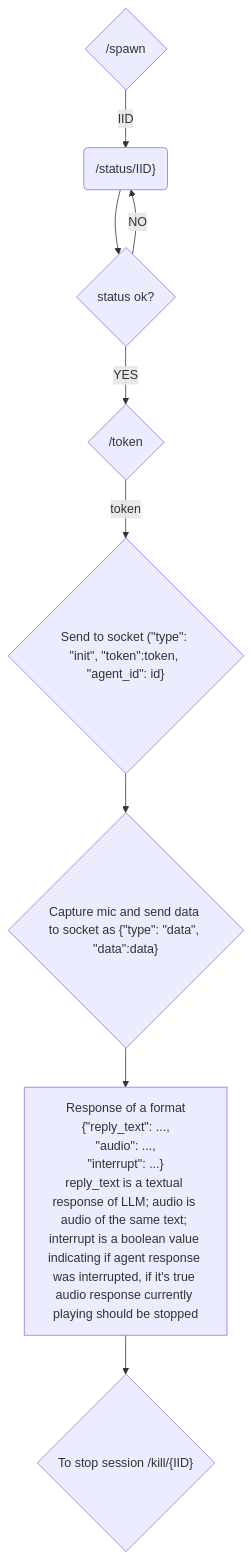
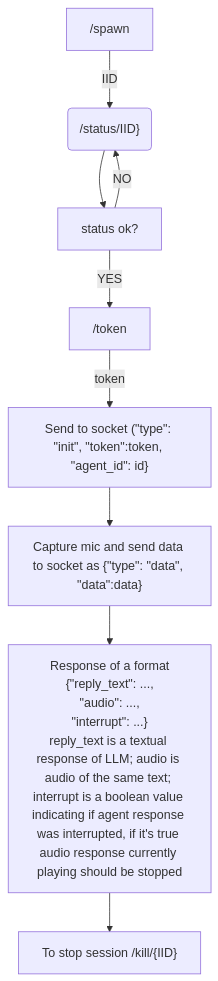
Before and after one commit to fjdiod2/eigen-client-sample: the diagram in README.md, drawn with Mermaid. The commit also changed other lines of this file and 1 other file, not shown here.

````diff
--- a/README.md
+++ b/README.md
@@ -17,15 +70,15 @@
 ```mermaid
 flowchart TD
-    A{"/spawn "} -->|IID| B("/status/IID} ")
-    B --> C{status ok? }
+    A["/spawn "] -->|IID| B("/status/IID} ")
+    B --> C[status ok?]
     C -->|NO| B
-    C -->|YES| E{"/token "}
-    E -->|token| F{"Send to socket (#quot;type#quot;: #quot;init#quot;, #quot;token#quot;:token, #quot;agent_id#quot;: id}"}
-    F --> G{"Capture mic and send data to socket as {#quot;type#quot;: #quot;data#quot;, #quot;data#quot;:data}"}
+    C -->|YES| E["/token "]
+    E -->|token| F["Send to socket (#quot;type#quot;: #quot;init#quot;, #quot;token#quot;:token, #quot;agent_id#quot;: id}"]
+    F --> G["Capture mic and send data to socket as {#quot;type#quot;: #quot;data#quot;, #quot;data#quot;:data}"]
     G --> H["`Response of a format
     {#quot;reply_text#quot;: ...,
     #quot;audio#quot;: ...,
     #quot;interrupt#quot;: ...}
     reply_text is a textual response of LLM; audio is audio of the same text; interrupt is a boolean value indicating if agent response was interrupted, if it's true audio response currently playing should be stopped`"]
-    H --> I{"To stop session /kill/{IID} "}
+    H --> I["To stop session /kill/{IID} "]
 ```
````
